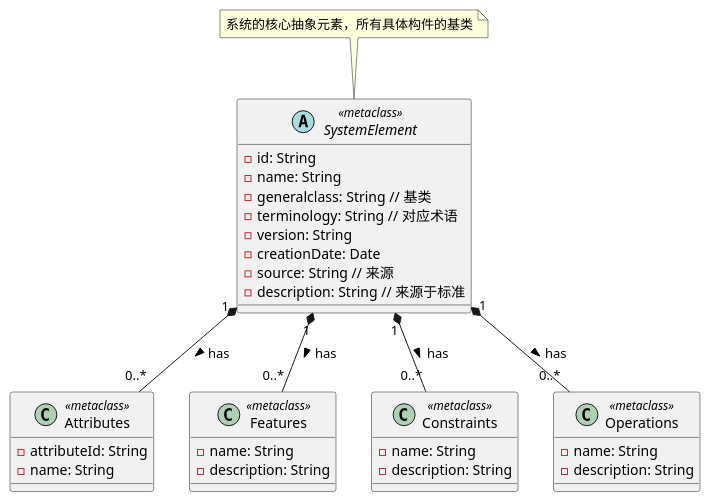
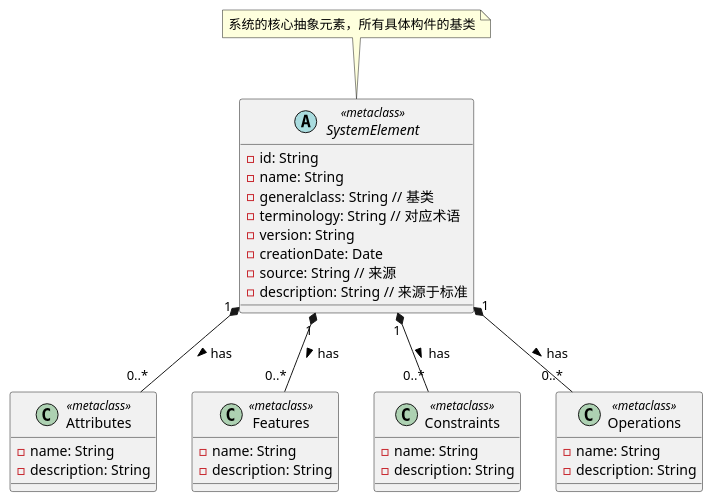
One commit to Kogler7/QASystem changed the diagram in algorithm/uie/ie/UML/SystemElement.puml. Above: the diagram before and after it, drawn with PlantUML. The commit also changed 13 other files, not shown here.

```diff
--- a/algorithm/uie/ie/UML/SystemElement.puml
+++ b/algorithm/uie/ie/UML/SystemElement.puml
@@ -1,45 +1,45 @@
 @startuml
 
 ' --- 抽象类/元类定义 ---
 
 abstract class SystemElement <<metaclass>> {
     - id: String
     - name: String
     - generalclass: String // 基类
     - terminology: String // 对应术语
     - version: String
     - creationDate: Date
     - source: String // 来源
     - description: String // 来源于标准
 }
 
 note top of SystemElement: 系统的核心抽象元素，所有具体构件的基类
 
 class Attributes <<metaclass>> {
-    - attributeId: String
     - name: String
+    - description: String
 }
 
 class Features <<metaclass>> {
     - name: String
     - description: String
 }
 
 class Constraints <<metaclass>> {
     - name: String
     - description: String
 }
 
 class Operations <<metaclass>> {
     - name: String
     - description: String
 }
 
 ' --- 关系定义 ---
 
 SystemElement "1" *-- "0..*" Attributes : has >
 SystemElement "1" *-- "0..*" Features : has >
 SystemElement "1" *-- "0..*" Constraints : has >
 SystemElement "1" *-- "0..*" Operations : has >
 
 @endum
```
